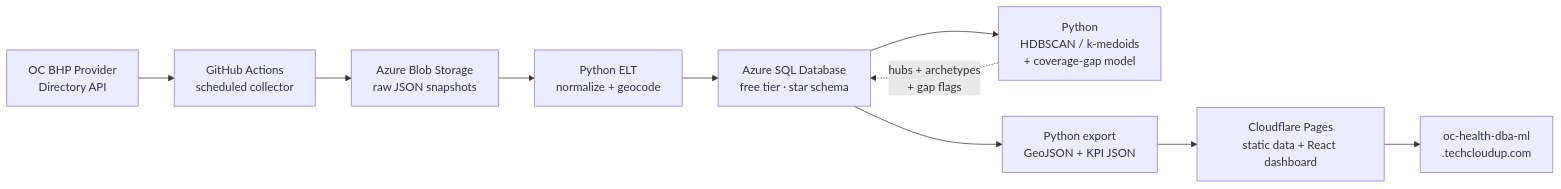
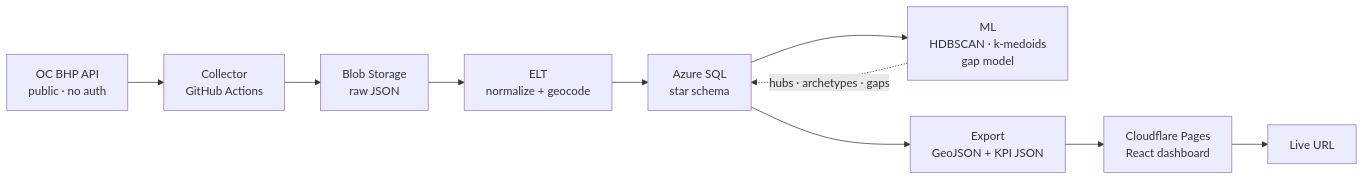
One commit to scale600/oc-health-dba-ml changed the first of 2 diagrams in README.md. Above: the diagram before and after it, drawn with Mermaid. The commit also changed other lines of this file and 7 other files, not shown here.

Commit message:
feat: add ML analyses (HDBSCAN hubs, Gower k-medoids archetypes, accessibility gaps) + infographic README

````diff
--- a/README.md
+++ b/README.md
@@ -21,12 +33,12 @@
 ```mermaid
 flowchart LR
-    A[OC BHP Provider<br>Directory API] --> B[GitHub Actions<br>scheduled collector]
-    B --> C[Azure Blob Storage<br>raw JSON snapshots]
-    C --> D[Python ELT<br>normalize + geocode]
-    D --> E[Azure SQL Database<br>free tier · star schema]
-    E --> F[Python<br>HDBSCAN / k-medoids<br>+ coverage-gap model]
-    F -.->|hubs + archetypes<br>+ gap flags| E
-    E --> H[Python export<br>GeoJSON + KPI JSON]
-    H --> I[Cloudflare Pages<br>static data + React dashboard]
-    I --> J[oc-health-dba-ml<br>.techcloudup.com]
+    A[OC BHP API<br>public · no auth] --> B[Collector<br>GitHub Actions]
+    B --> C[Blob Storage<br>raw JSON]
+    C --> D[ELT<br>normalize + geocode]
+    D --> E[Azure SQL<br>star schema]
+    E --> F[ML<br>HDBSCAN · k-medoids<br>gap model]
+    F -.->|hubs · archetypes · gaps| E
+    E --> G[Export<br>GeoJSON + KPI JSON]
+    G --> H[Cloudflare Pages<br>React dashboard]
+    H --> I[Live URL]
 ```
````
